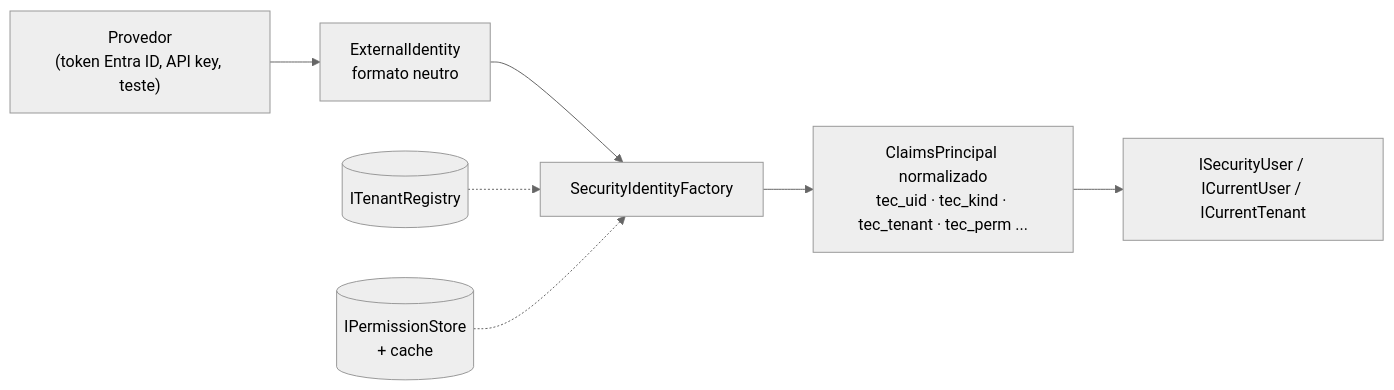
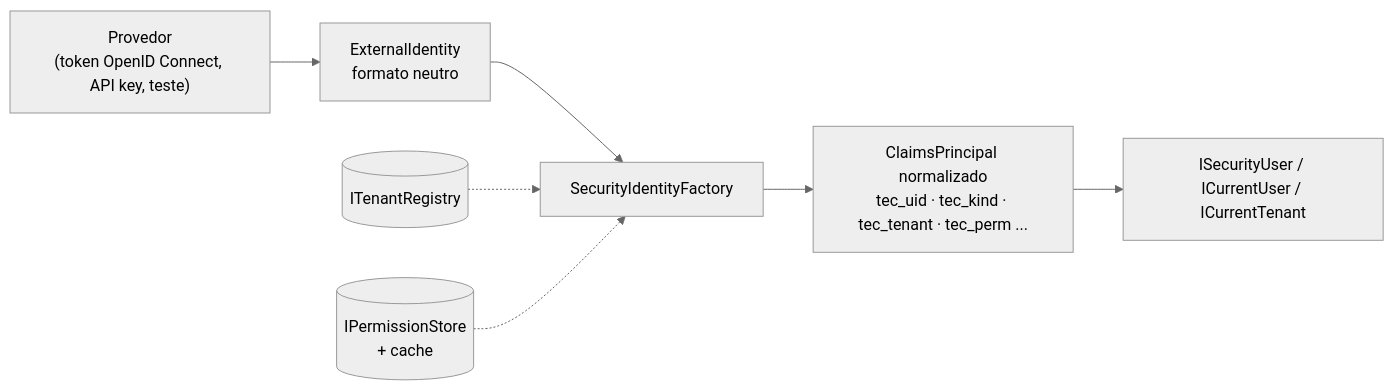
Before and after one commit to tudoemcodigo/lib-tec-security: the first of 2 diagrams in docs/identidade-e-permissoes.md, drawn with Mermaid (neutral theme). The commit also changed other lines of this file and 37 other files, not shown here.

````diff
--- a/docs/identidade-e-permissoes.md
+++ b/docs/identidade-e-permissoes.md
@@ -28,9 +28,9 @@
 ```mermaid
 flowchart LR
-    P["Provedor<br/>(token Entra ID, API key, teste)"] --> EI["ExternalIdentity<br/>formato neutro"]
+    P["Provedor<br/>(token OpenID Connect, API key, teste)"] --> EI["ExternalIdentity<br/>formato neutro"]
     EI --> F["SecurityIdentityFactory"]
     T[("ITenantRegistry")] -.-> F
     S[("IPermissionStore<br/>+ cache")] -.-> F
     F --> N["ClaimsPrincipal normalizado<br/>tec_uid · tec_kind · tec_tenant · tec_perm ..."]
     N --> U["ISecurityUser / ICurrentUser / ICurrentTenant"]
 ```
````
